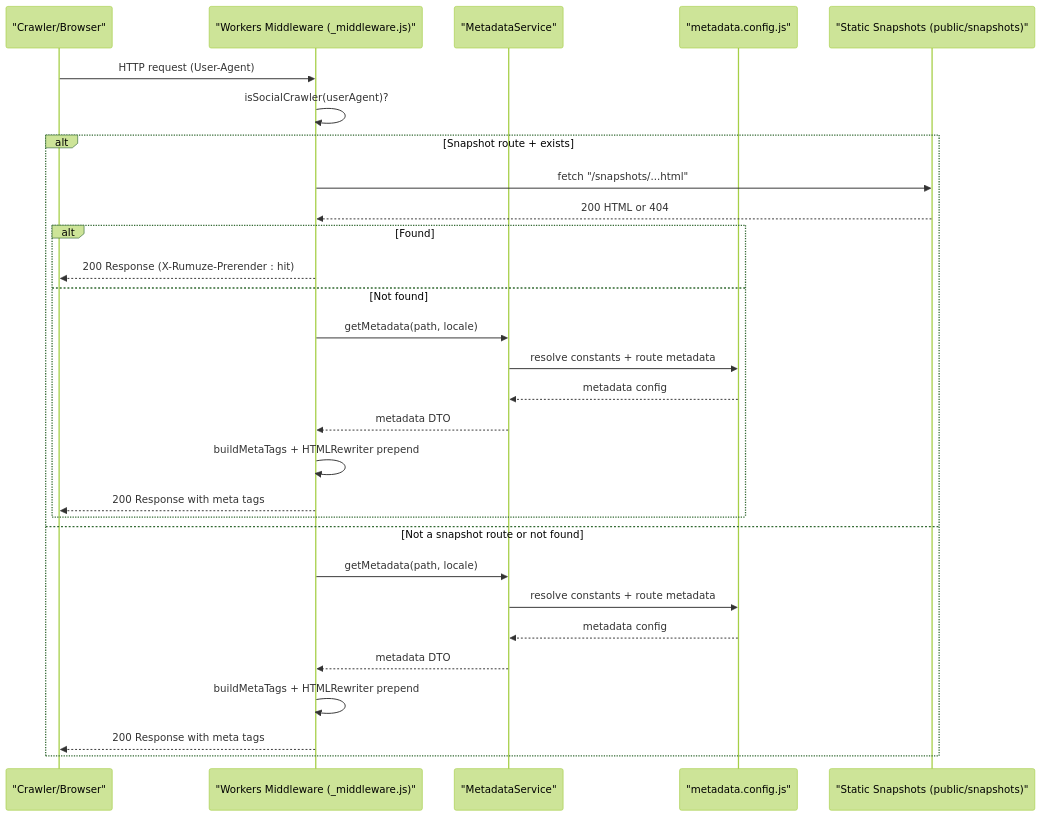
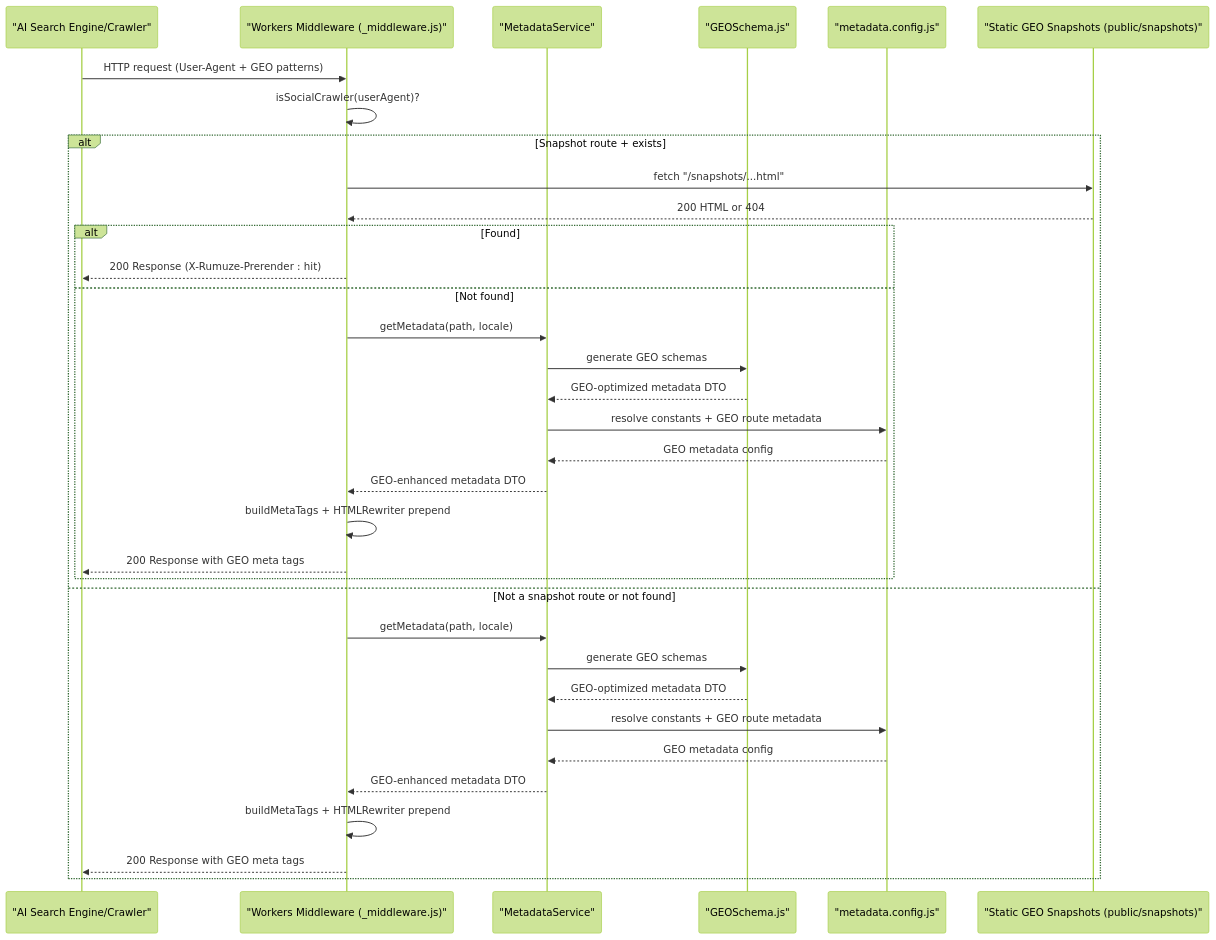
The second of 6 diagrams in .qoder/repowiki/en/content/SEO and Social Media Optimization/SEO and Social Media Optimization.md (rumuze/landing-page), drawn with Mermaid (forest theme) before and after one commit. The commit also changed other lines of this file and 5 other files, not shown here.

````diff
--- a/.qoder/repowiki/en/content/SEO and Social Media Optimization/SEO and Social Media Optimization.md
+++ b/.qoder/repowiki/en/content/SEO and Social Media Optimization/SEO and Social Media Optimization.md
@@ -123,31 +147,36 @@
 ```mermaid
 sequenceDiagram
-participant C as "Crawler/Browser"
+participant C as "AI Search Engine/Crawler"
 participant W as "Workers Middleware (_middleware.js)"
 participant MS as "MetadataService"
+participant GS as "GEOSchema.js"
 participant MC as "metadata.config.js"
-participant FS as "Static Snapshots (public/snapshots)"
-C->>W : HTTP request (User-Agent)
+participant FS as "Static GEO Snapshots (public/snapshots)"
+C->>W : HTTP request (User-Agent + GEO patterns)
 W->>W : isSocialCrawler(userAgent)?
 alt Snapshot route + exists
 W->>FS : fetch "/snapshots/...html"
 FS-->>W : 200 HTML or 404
 alt Found
 W-->>C : 200 Response (X-Rumuze-Prerender : hit)
 else Not found
 W->>MS : getMetadata(path, locale)
-MS->>MC : resolve constants + route metadata
-MC-->>MS : metadata config
-MS-->>W : metadata DTO
+MS->>GS : generate GEO schemas
+GS-->>MS : GEO-optimized metadata DTO
+MS->>MC : resolve constants + GEO route metadata
+MC-->>MS : GEO metadata config
+MS-->>W : GEO-enhanced metadata DTO
 W->>W : buildMetaTags + HTMLRewriter prepend
-W-->>C : 200 Response with meta tags
+W-->>C : 200 Response with GEO meta tags
 end
 else Not a snapshot route or not found
 W->>MS : getMetadata(path, locale)
-MS->>MC : resolve constants + route metadata
-MC-->>MS : metadata config
-MS-->>W : metadata DTO
+MS->>GS : generate GEO schemas
+GS-->>MS : GEO-optimized metadata DTO
+MS->>MC : resolve constants + GEO route metadata
+MC-->>MS : GEO metadata config
+MS-->>W : GEO-enhanced metadata DTO
 W->>W : buildMetaTags + HTMLRewriter prepend
-W-->>C : 200 Response with meta tags
+W-->>C : 200 Response with GEO meta tags
 end
 ```
````
